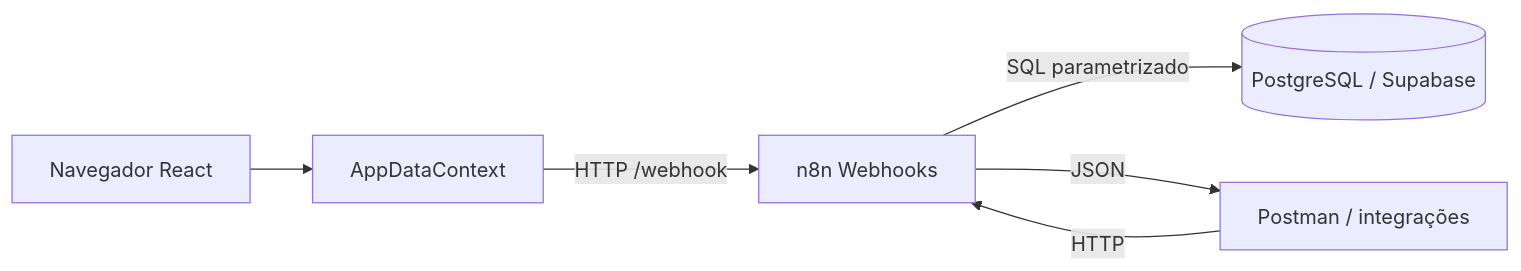
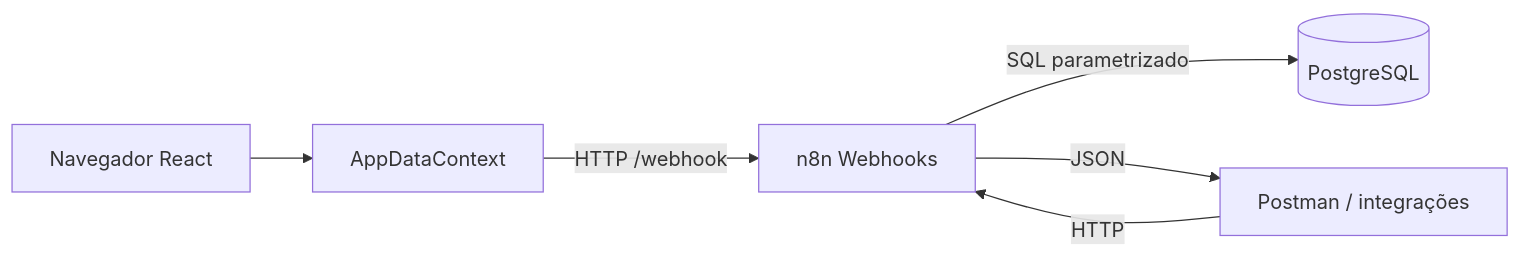
One commit to Victorks4/Bold-Support changed the first of 4 diagrams in docs/architecture.md. Above: the diagram before and after it, drawn with Mermaid. The commit also changed other lines of this file and 19 other files, not shown here.

````diff
--- a/docs/architecture.md
+++ b/docs/architecture.md
@@ -7,14 +7,14 @@
 ```mermaid
 flowchart LR
   Browser[Navegador React]
   Ctx[AppDataContext]
   Client[Postman / integrações]
   N8N[n8n Webhooks]
-  PG[(PostgreSQL / Supabase)]
+  PG[(PostgreSQL)]
 
   Browser --> Ctx
   Ctx -->|HTTP /webhook| N8N
   Client -->|HTTP| N8N
   N8N -->|SQL parametrizado| PG
   N8N -->|JSON| Client
 ```
````
